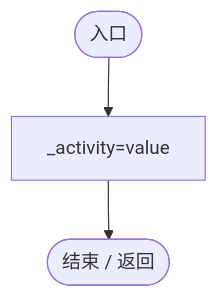
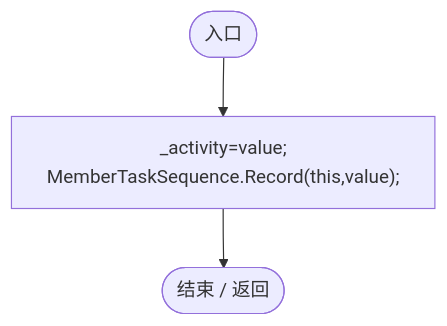
Before and after one commit to xhs6666/Darwin_paradise: diagram 25 of 53 in Docs/运行流程图/脚本/baebd85c05598377.md, drawn with Mermaid. The commit also changed other lines of this file and 233 other files, not shown here.

````diff
--- a/Docs/运行流程图/脚本/baebd85c05598377.md
+++ b/Docs/运行流程图/脚本/baebd85c05598377.md
@@ -597,9 +597,9 @@
 ```mermaid
 flowchart TD
   b0(["入口"])
-  b1["_activity=value"]
+  b1["_activity=value;<br/>MemberTaskSequence.Record(this,value);"]
   b2(["结束 / 返回"])
   b0 --> b1
   b1 --> b2
 
 ```
````
